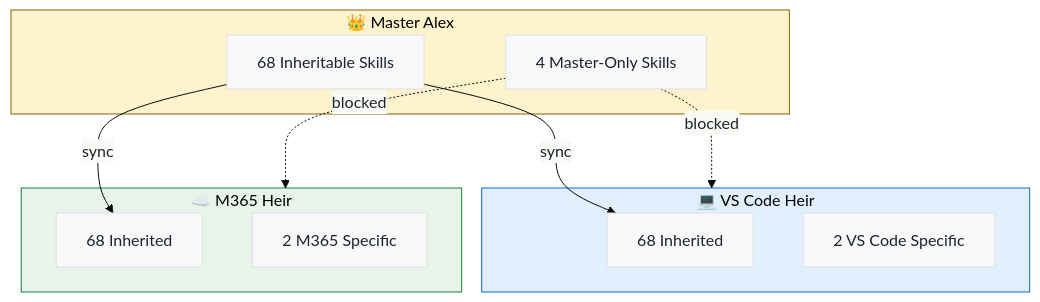
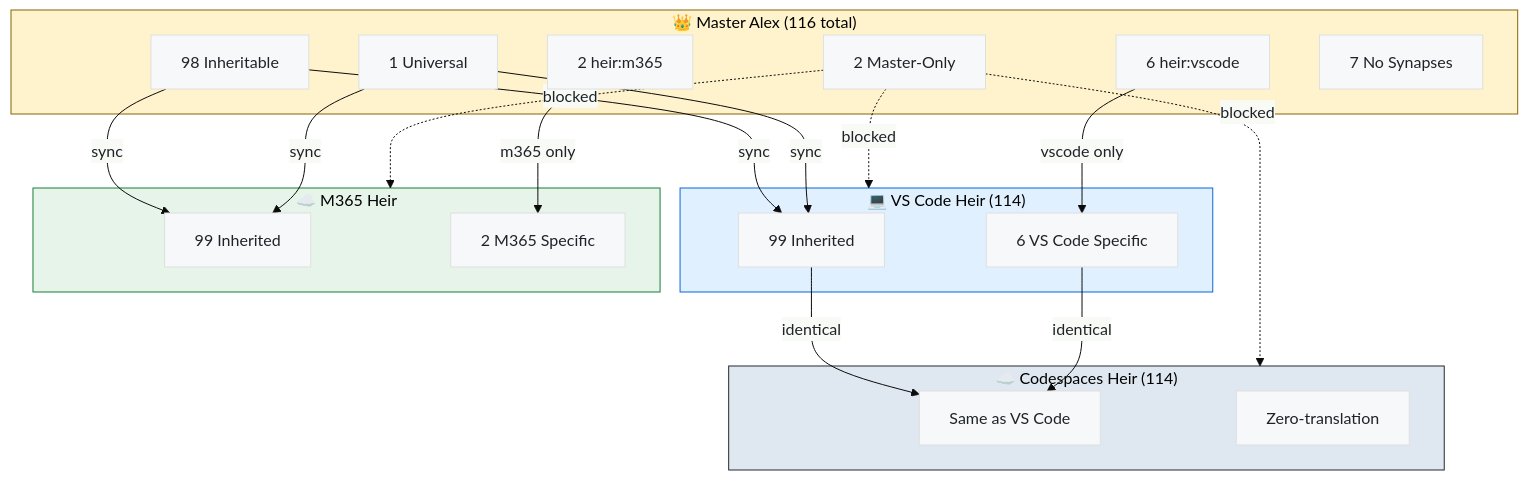
Before and after one commit to fabioc-aloha/Alex_Plug_In: the sixth of 6 diagrams in alex_docs/skills/SKILLS-CATALOG.md, drawn with Mermaid. The commit also changed other lines of this file and 52 other files, not shown here.

````diff
--- a/alex_docs/skills/SKILLS-CATALOG.md
+++ b/alex_docs/skills/SKILLS-CATALOG.md
@@ -744,27 +850,41 @@
 ```mermaid
 %%{init: {'theme': 'base', 'themeVariables': { 'primaryColor': '#f6f8fa', 'primaryTextColor': '#1f2328'}}}%%
 flowchart TB
-    subgraph Master["👑 Master Alex"]
-        M_INH["68 Inheritable Skills"]
-        M_ONLY["4 Master-Only Skills"]
+    subgraph Master["👑 Master Alex (116 total)"]
+        M_INH["98 Inheritable"]
+        M_UNI["1 Universal"]
+        M_ONLY["2 Master-Only"]
+        M_HV["6 heir:vscode"]
+        M_HM["2 heir:m365"]
+        M_NOSYN["7 No Synapses"]
     end
 
-    subgraph VSCode["💻 VS Code Heir"]
-        V_INH["68 Inherited"]
-        V_OWN["2 VS Code Specific"]
+    subgraph VSCode["💻 VS Code Heir (114)"]
+        V_INH["99 Inherited"]
+        V_OWN["6 VS Code Specific"]
+    end
+
+    subgraph Codespaces["☁️ Codespaces Heir (114)"]
+        CS_INH["Same as VS Code"]
+        CS_NOTE["Zero-translation"]
     end
 
     subgraph M365["☁️ M365 Heir"]
-        M365_INH["68 Inherited"]
+        M365_INH["99 Inherited"]
         M365_OWN["2 M365 Specific"]
     end
 
-    M_INH -->|"sync"| V_INH
-    M_INH -->|"sync"| M365_INH
+    M_INH & M_UNI -->|"sync"| V_INH
+    M_INH & M_UNI -->|"sync"| M365_INH
+    M_HV -->|"vscode only"| V_OWN
+    M_HM -->|"m365 only"| M365_OWN
+    V_INH & V_OWN -->|"identical"| CS_INH
     M_ONLY -.->|"blocked"| VSCode
     M_ONLY -.->|"blocked"| M365
+    M_ONLY -.->|"blocked"| Codespaces
 
     style Master fill:#fff3cd,stroke:#856404
     style VSCode fill:#e1f0ff,stroke:#0969da
+    style Codespaces fill:#dfe8f0,stroke:#24292f
     style M365 fill:#e6f4ea,stroke:#1a7f37
 ```
````
